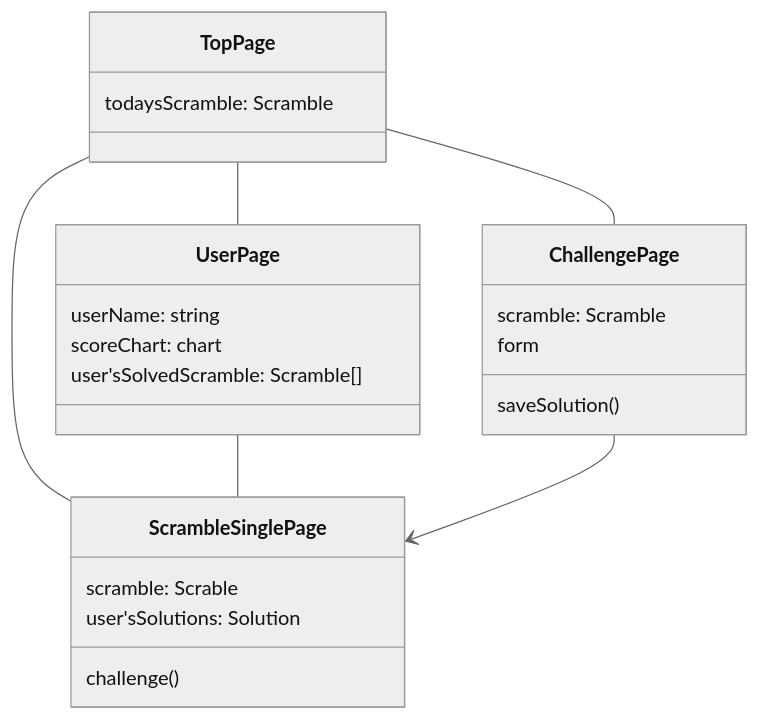
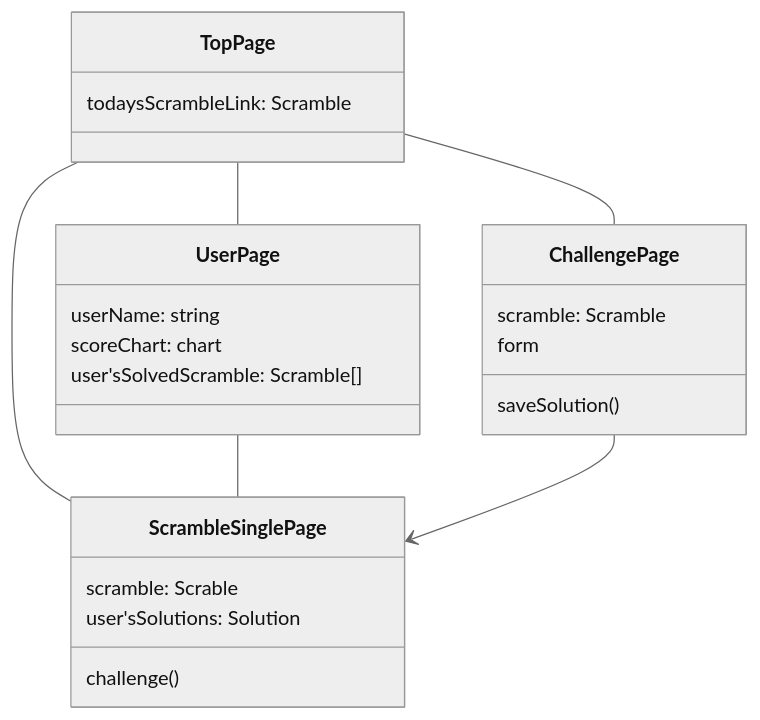
One commit to sKawashima/fmc-logger changed the third of 3 diagrams in docs/UX_v1.0.md. Above: the diagram before and after it, drawn with Mermaid (neutral theme).

Commit message:
🔀 chore(docs): rename 'todaysScramble' property to 'todaysScrambleLink' in TopPage class for clarity and consistency

````diff
--- a/docs/UX_v1.0.md
+++ b/docs/UX_v1.0.md
@@ -61,27 +61,27 @@
 ```mermaid
 classDiagram
 class TopPage {
-  todaysScramble: Scramble
+  todaysScrambleLink: Scramble
 }
 class UserPage {
   userName: string
   scoreChart: chart
   user'sSolvedScramble: Scramble[]
 }
 class ChallengePage {
   scramble: Scramble
   form
   saveSolution()
 }
 class ScrambleSinglePage {
   scramble: Scrable
   user'sSolutions: Solution
   challenge()
 }
 TopPage -- UserPage
 TopPage -- ChallengePage
 TopPage -- ScrambleSinglePage
 UserPage -- ScrambleSinglePage
 ChallengePage --> ScrambleSinglePage
 
 ```
````
